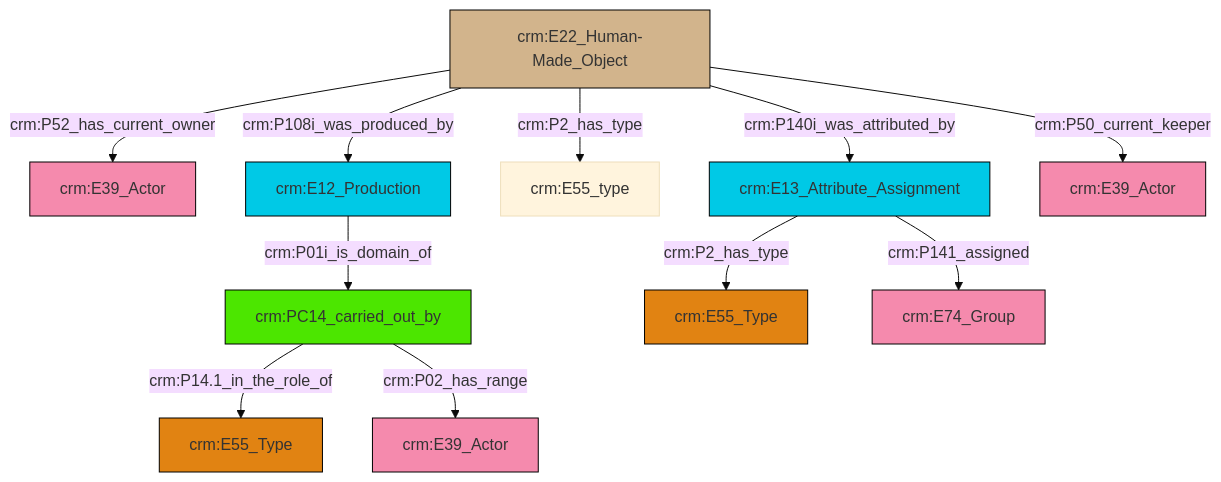
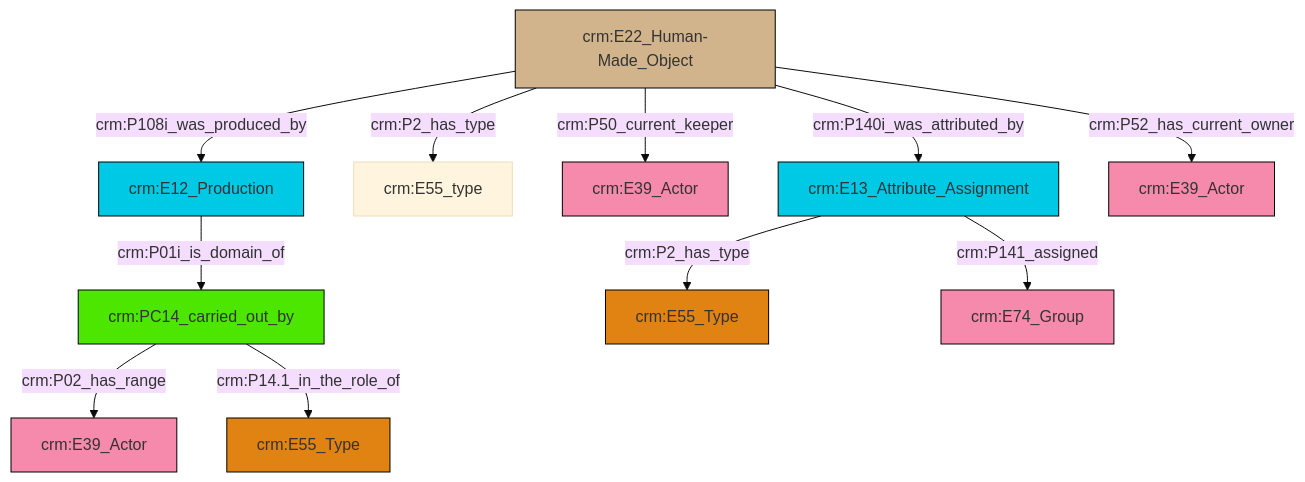
Before and after one commit to swiss-art-research-net/reference-data-models: the diagram in et/artworkCSV/ttl/mmd/Artwork_Actor_Relations.ttl.mmd, drawn with Mermaid (base theme). The commit also changed 125 other files, not shown here.

```diff
--- a/et/artworkCSV/ttl/mmd/Artwork_Actor_Relations.ttl.mmd
+++ b/et/artworkCSV/ttl/mmd/Artwork_Actor_Relations.ttl.mmd
@@ -1,25 +1,25 @@
 graph TD
 classDef Literal fill:#f2f2f2,stroke:#000000;
 classDef CRM_Entity fill:#FFFFFF,stroke:#000000;
 classDef Temporal_Entity fill:#00C9E6, stroke:#000000;
 classDef Type fill:#E18312, stroke:#000000;
 classDef Time-Span fill:#2C9C91, stroke:#000000;
 classDef Appellation fill:#FFEB7F, stroke:#000000;
 classDef Place fill:#008836, stroke:#000000;
 classDef Persistent_Item fill:#B266B2, stroke:#000000;
 classDef Conceptual_Object fill:#FFD700, stroke:#000000;
 classDef Physical_Thing fill:#D2B48C, stroke:#000000;
 classDef Actor fill:#f58aad, stroke:#000000;
 classDef PC_Classes fill:#4ce600, stroke:#000000;
 classDef Multi fill:#cccccc,stroke:#000000;
 
-0["crm:PC14_carried_out_by"]:::PC_Classes -->|crm:P14.1_in_the_role_of| 1["crm:E55_Type"]:::Type
-0["crm:PC14_carried_out_by"]:::PC_Classes -->|crm:P02_has_range| 2["crm:E39_Actor"]:::Actor
-3["crm:E22_Human-Made_Object"]:::Physical_Thing -->|crm:P52_has_current_owner| 4["crm:E39_Actor"]:::Actor
-6["crm:E12_Production"]:::Temporal_Entity -->|crm:P01i_is_domain_of| 0["crm:PC14_carried_out_by"]:::PC_Classes
-3["crm:E22_Human-Made_Object"]:::Physical_Thing -->|crm:P2_has_type| 8["crm:E55_type"]:::Default
-9["crm:E13_Attribute_Assignment"]:::Temporal_Entity -->|crm:P2_has_type| 10["crm:E55_Type"]:::Type
-3["crm:E22_Human-Made_Object"]:::Physical_Thing -->|crm:P108i_was_produced_by| 6["crm:E12_Production"]:::Temporal_Entity
-3["crm:E22_Human-Made_Object"]:::Physical_Thing -->|crm:P50_current_keeper| 13["crm:E39_Actor"]:::Actor
-3["crm:E22_Human-Made_Object"]:::Physical_Thing -->|crm:P140i_was_attributed_by| 9["crm:E13_Attribute_Assignment"]:::Temporal_Entity
-9["crm:E13_Attribute_Assignment"]:::Temporal_Entity -->|crm:P141_assigned| 20["crm:E74_Group"]:::Actor
+2["crm:PC14_carried_out_by"]:::PC_Classes -->|crm:P02_has_range| 3["crm:E39_Actor"]:::Actor
+4["crm:E13_Attribute_Assignment"]:::Temporal_Entity -->|crm:P2_has_type| 5["crm:E55_Type"]:::Type
+2["crm:PC14_carried_out_by"]:::PC_Classes -->|crm:P14.1_in_the_role_of| 0["crm:E55_Type"]:::Type
+13["crm:E22_Human-Made_Object"]:::Physical_Thing -->|crm:P52_has_current_owner| 14["crm:E39_Actor"]:::Actor
+13["crm:E22_Human-Made_Object"]:::Physical_Thing -->|crm:P108i_was_produced_by| 11["crm:E12_Production"]:::Temporal_Entity
+13["crm:E22_Human-Made_Object"]:::Physical_Thing -->|crm:P2_has_type| 6["crm:E55_type"]:::Default
+11["crm:E12_Production"]:::Temporal_Entity -->|crm:P01i_is_domain_of| 2["crm:PC14_carried_out_by"]:::PC_Classes
+13["crm:E22_Human-Made_Object"]:::Physical_Thing -->|crm:P50_current_keeper| 8["crm:E39_Actor"]:::Actor
+4["crm:E13_Attribute_Assignment"]:::Temporal_Entity -->|crm:P141_assigned| 19["crm:E74_Group"]:::Actor
+13["crm:E22_Human-Made_Object"]:::Physical_Thing -->|crm:P140i_was_attributed_by| 4["crm:E13_Attribute_Assignment"]:::Temporal_Entity
```
